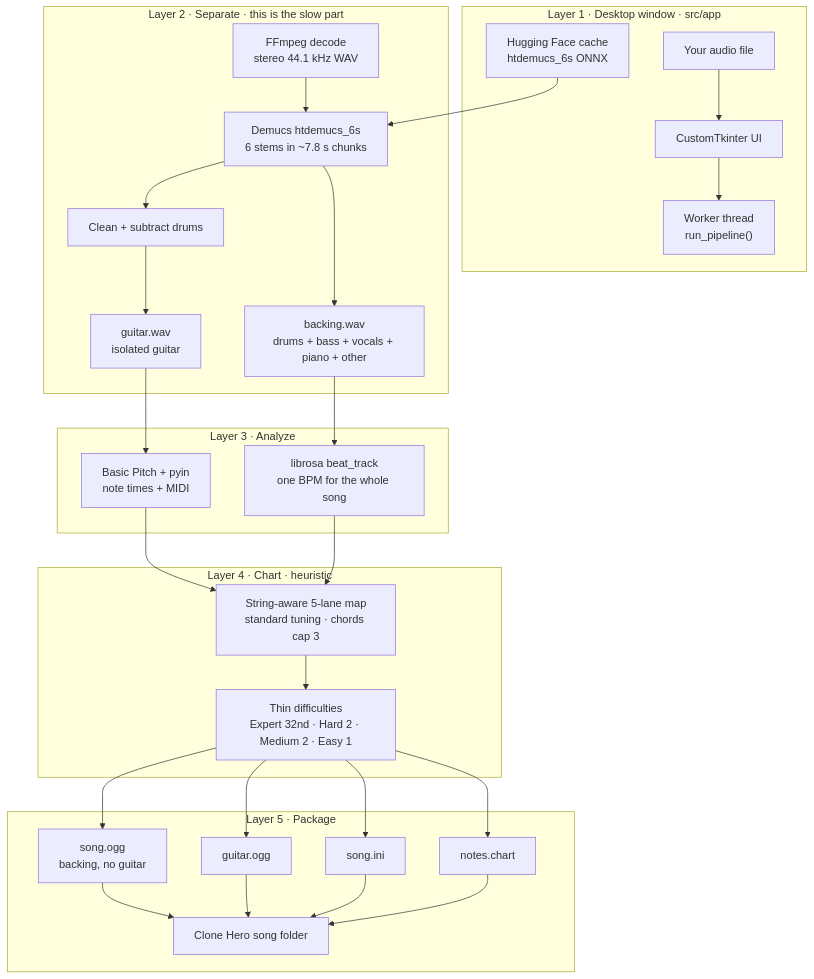
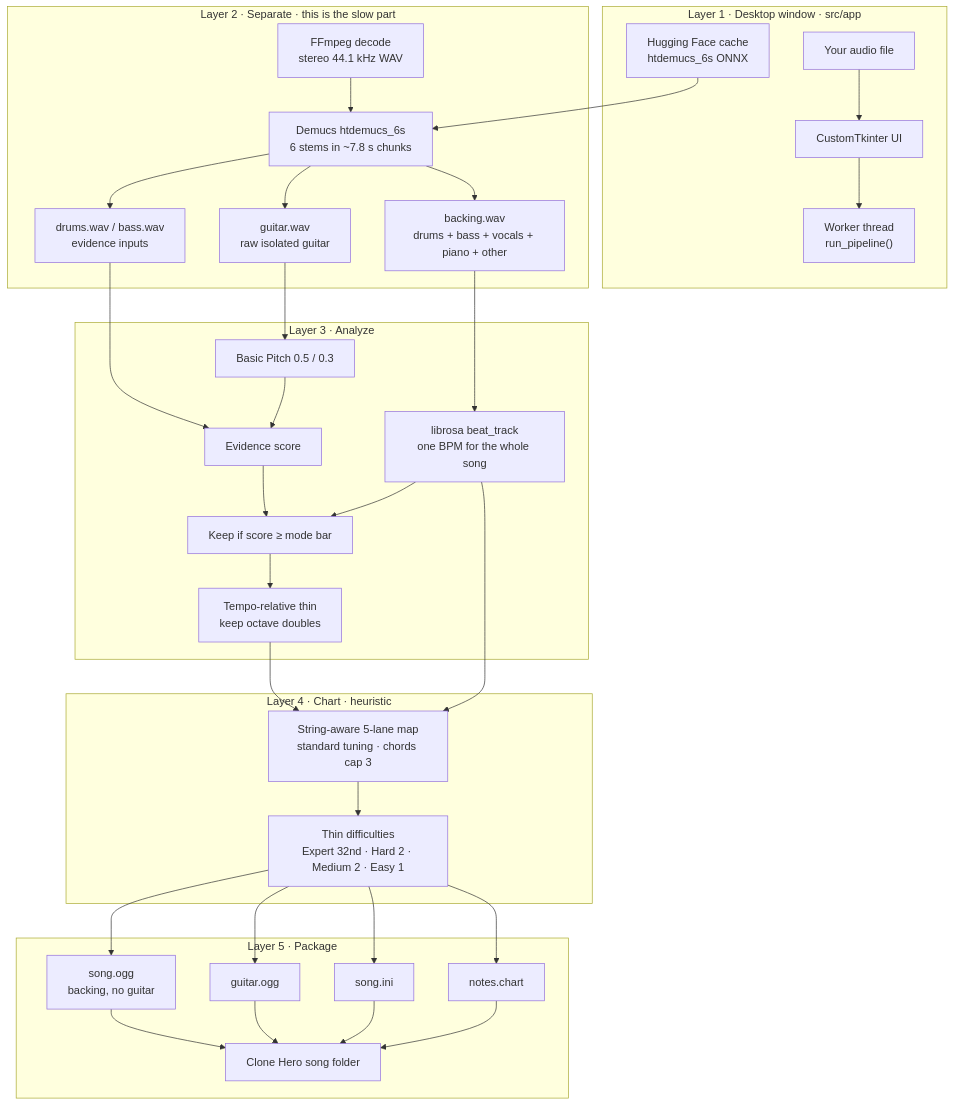
Before and after one commit to JoshuaNguyen123/guitar-h-isolation: the diagram in ARCHITECTURE.md, drawn with Mermaid. The commit also changed other lines of this file and 26 other files, not shown here.

First line of the commit message:
Restore raw-stem transcription and replace the reject cascade with an evidence score.

````diff
--- a/ARCHITECTURE.md
+++ b/ARCHITECTURE.md
@@ -38,38 +38,43 @@
 ```mermaid
 flowchart TB
   subgraph UI["Layer 1 · Desktop window · src/app"]
     FILE["Your audio file"] --> WIN["CustomTkinter UI"]
     WIN --> WORK["Worker thread<br/>run_pipeline()"]
     HF["Hugging Face cache<br/>htdemucs_6s ONNX"]
   end
 
   subgraph SEP["Layer 2 · Separate · this is the slow part"]
     FFMPEG["FFmpeg decode<br/>stereo 44.1 kHz WAV"] --> DEMUCS["Demucs htdemucs_6s<br/>6 stems in ~7.8 s chunks"]
     HF --> DEMUCS
-    DEMUCS --> CLEAN["Clean + subtract drums"]
-    CLEAN --> GUITAR["guitar.wav<br/>isolated guitar"]
+    DEMUCS --> GUITAR["guitar.wav<br/>raw isolated guitar"]
     DEMUCS --> BACK["backing.wav<br/>drums + bass + vocals + piano + other"]
+    DEMUCS --> DRUMS["drums.wav / bass.wav<br/>evidence inputs"]
   end
 
   subgraph AN["Layer 3 · Analyze"]
-    GUITAR --> BP["Basic Pitch + pyin<br/>note times + MIDI"]
+    GUITAR --> BP["Basic Pitch 0.5 / 0.3"]
+    DRUMS --> EV["Evidence score"]
+    BP --> EV
+    EV --> KEEP["Keep if score ≥ mode bar"]
     BACK --> BPM["librosa beat_track<br/>one BPM for the whole song"]
+    BPM --> KEEP
+    KEEP --> NTHIN["Tempo-relative thin<br/>keep octave doubles"]
   end
 
   subgraph CH["Layer 4 · Chart · heuristic"]
-    BP --> MAP["String-aware 5-lane map<br/>standard tuning · chords cap 3"]
+    NTHIN --> MAP["String-aware 5-lane map<br/>standard tuning · chords cap 3"]
     BPM --> MAP
     MAP --> THIN["Thin difficulties<br/>Expert 32nd · Hard 2 · Medium 2 · Easy 1"]
   end
 
   subgraph PKG["Layer 5 · Package"]
     THIN --> SONG["song.ogg<br/>backing, no guitar"]
     THIN --> GTR["guitar.ogg"]
     THIN --> INI["song.ini"]
     THIN --> CHART["notes.chart"]
     SONG --> FOLDER["Clone Hero song folder"]
     GTR --> FOLDER
     INI --> FOLDER
     CHART --> FOLDER
   end
 ```
````
